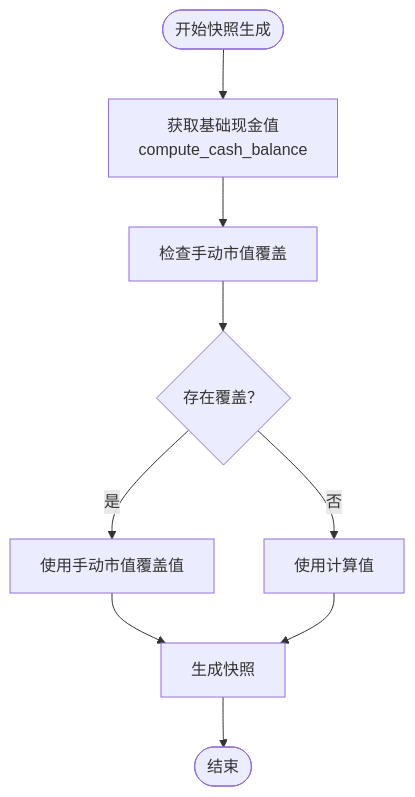
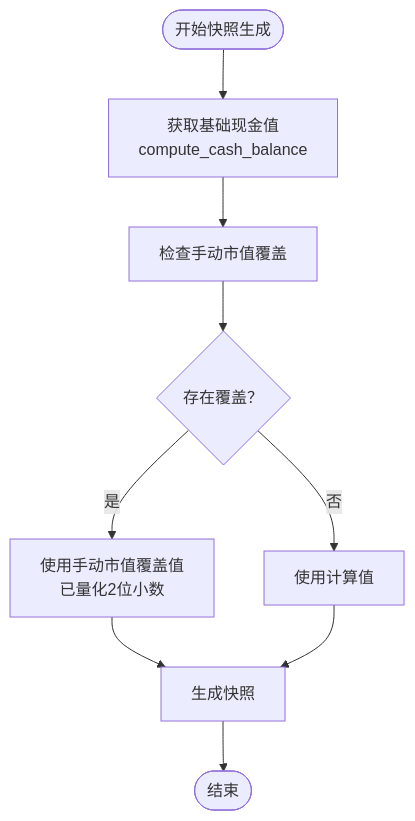
The fifth of 10 diagrams in .qoder/repowiki/zh/content/核心业务功能/持仓管理.md (gujialind/InvestRing), drawn with Mermaid before and after one commit. The commit also changed other lines of this file and 65 other files, not shown here.

````diff
--- a/.qoder/repowiki/zh/content/核心业务功能/持仓管理.md
+++ b/.qoder/repowiki/zh/content/核心业务功能/持仓管理.md
@@ -372,11 +449,11 @@
 ```mermaid
 flowchart TD
 Start(["开始快照生成"]) --> GetBaseValue["获取基础现金值<br/>compute_cash_balance"]
 GetBaseValue --> CheckManual["检查手动市值覆盖"]
 CheckManual --> HasManual{"存在覆盖？"}
-HasManual --> |是| UseManual["使用手动市值覆盖值"]
+HasManual --> |是| UseManual["使用手动市值覆盖值<br/>已量化2位小数"]
 HasManual --> |否| UseComputed["使用计算值"]
 UseManual --> GenerateSnapshot["生成快照"]
 UseComputed --> GenerateSnapshot
 GenerateSnapshot --> End(["结束"])
 ```
````
